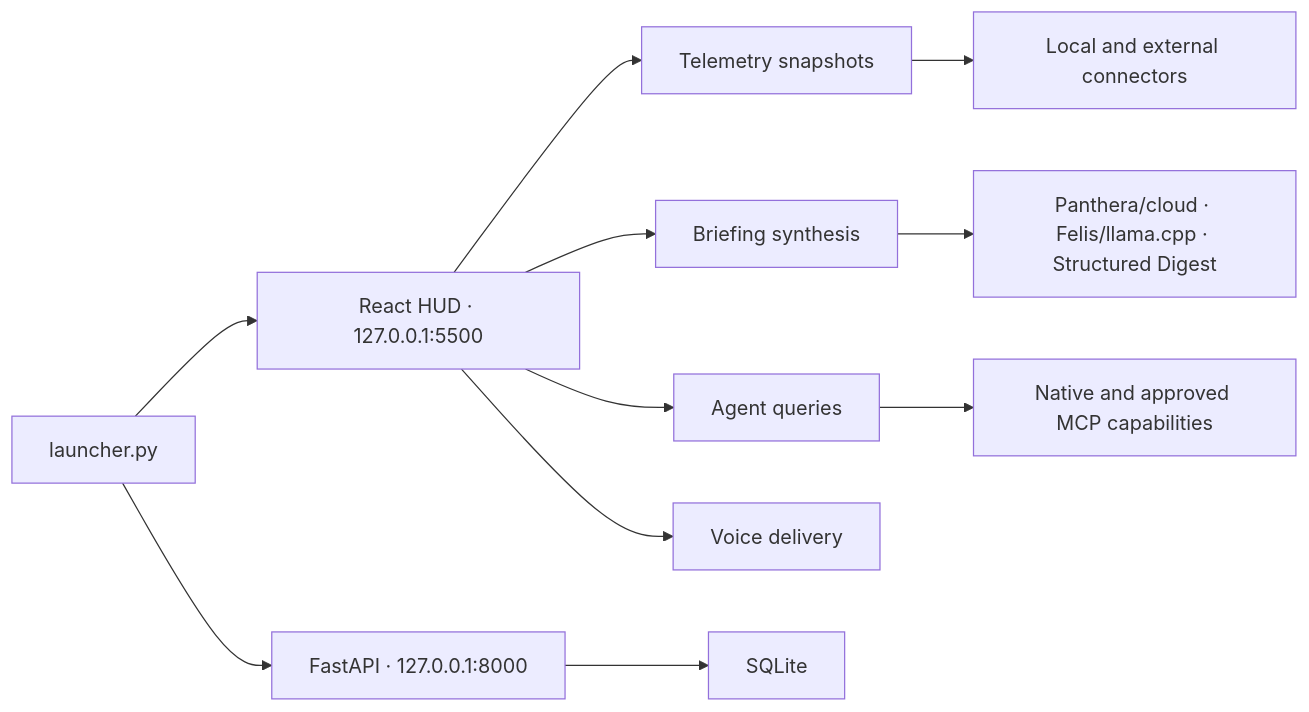
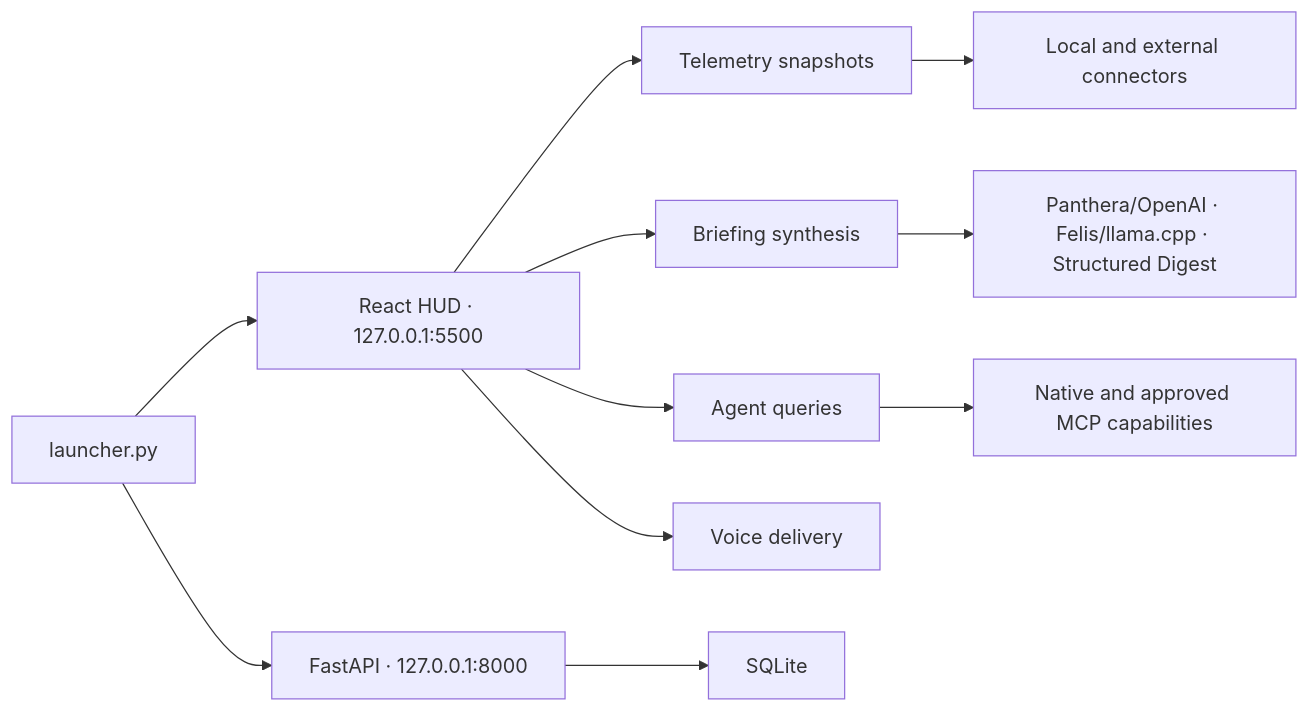
One commit to edumarcano/APEX changed the diagram in README.md. Above: the diagram before and after it, drawn with Mermaid. The commit also changed 6 other files, not shown here.

````diff
--- a/README.md
+++ b/README.md
@@ -74,13 +74,13 @@
 ```mermaid
 flowchart LR
     L["launcher.py"] --> API["FastAPI · 127.0.0.1:8000"]
     L --> HUD["React HUD · 127.0.0.1:5500"]
     HUD --> T["Telemetry snapshots"]
     HUD --> B["Briefing synthesis"]
     HUD --> A["Agent queries"]
     HUD --> V["Voice delivery"]
     T --> C["Local and external connectors"]
-    B --> M["Panthera/cloud · Felis/llama.cpp · Structured Digest"]
+    B --> M["Panthera/OpenAI · Felis/llama.cpp · Structured Digest"]
     A --> P["Native and approved MCP capabilities"]
     API --> DB["SQLite"]
 ```
````
